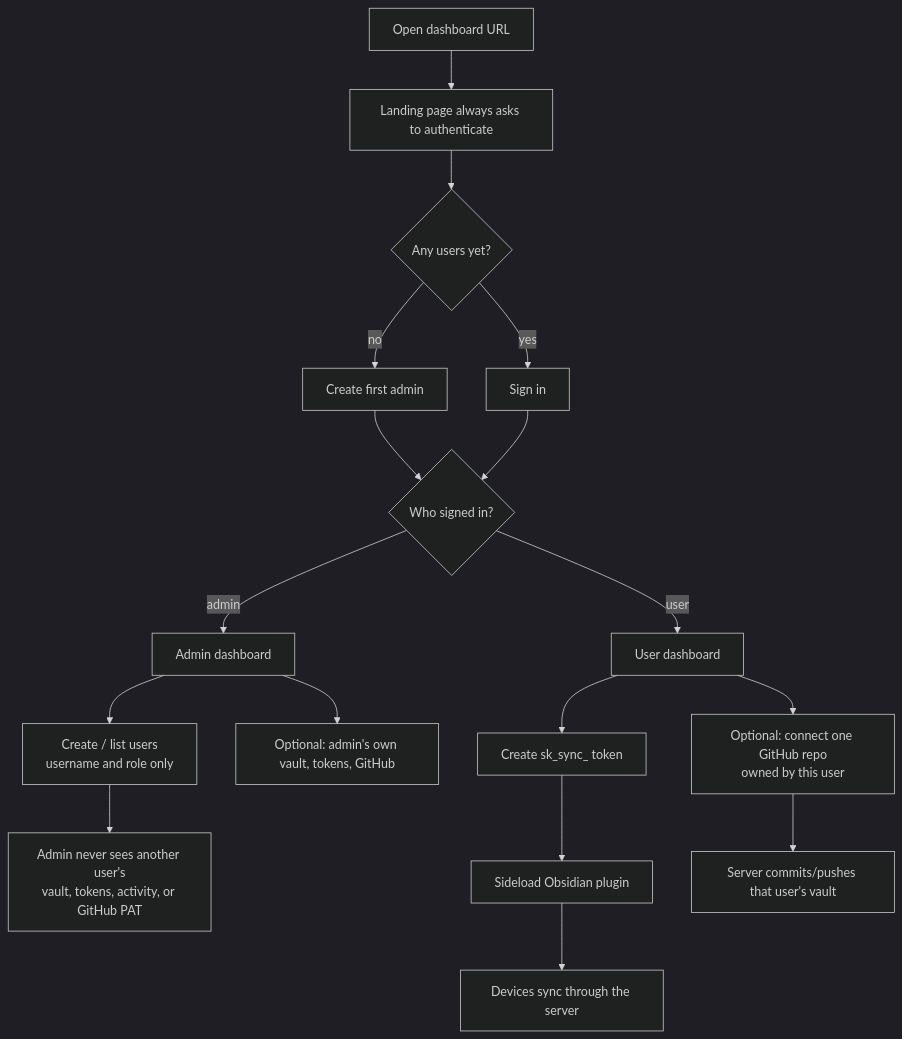
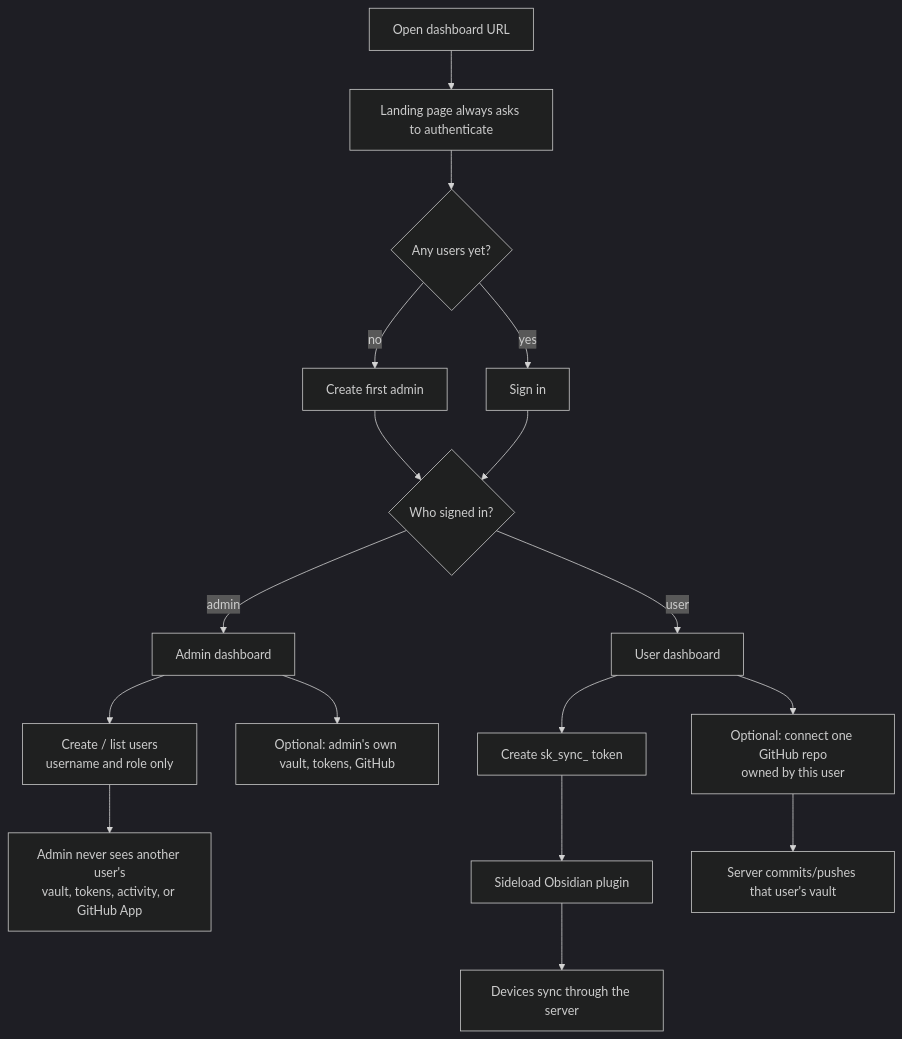
Before and after one commit to shangeethsivan/Syncidian: the second of 7 diagrams in README.md, drawn with Mermaid (dark theme). The commit also changed other lines of this file and 13 other files, not shown here.

First line of the commit message:
Connect GitHub with an App instead of personal access tokens

````diff
--- a/README.md
+++ b/README.md
@@ -177,21 +177,21 @@
 ```mermaid
 flowchart TD
   Open["Open dashboard URL"] --> Land["Landing page always asks to authenticate"]
   Land --> First{"Any users yet?"}
   First -->|no| Admin["Create first admin"]
   First -->|yes| Login["Sign in"]
   Admin --> Role{"Who signed in?"}
   Login --> Role
 
   Role -->|admin| AdminHome["Admin dashboard"]
   AdminHome --> Users["Create / list users<br/>username and role only"]
   AdminHome --> Own["Optional: admin's own vault, tokens, GitHub"]
-  Users --> Note["Admin never sees another user's<br/>vault, tokens, activity, or GitHub PAT"]
+  Users --> Note["Admin never sees another user's<br/>vault, tokens, activity, or GitHub App"]
 
   Role -->|user| UserHome["User dashboard"]
   UserHome --> GH["Optional: connect one GitHub repo<br/>owned by this user"]
   UserHome --> Tok["Create sk_sync_ token"]
   Tok --> Plug["Sideload Obsidian plugin"]
   Plug --> Sync["Devices sync through the server"]
   GH --> Backup["Server commits/pushes that user's vault"]
 ```
````
